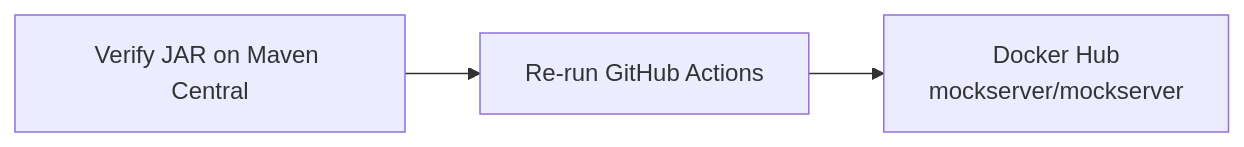
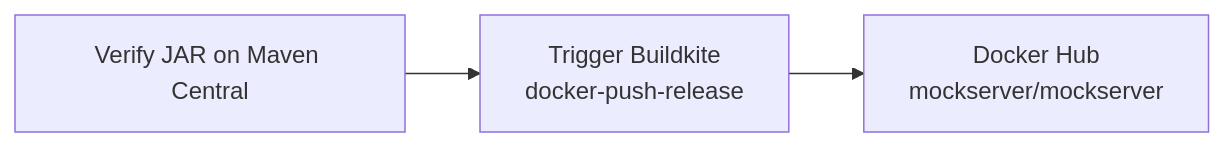
The second of 3 diagrams in docs/operations/release-process.md (mock-server/mockserver), drawn with Mermaid before and after one commit. The commit also changed other lines of this file and 20 other files, not shown here.

First line of the commit message:
Move Docker image pushes from GitHub Actions to Buildkite

````diff
--- a/docs/operations/release-process.md
+++ b/docs/operations/release-process.md
@@ -91,5 +91,5 @@
 ```mermaid
 flowchart LR
-    CHECK[Verify JAR on Maven Central] --> GHA[Re-run GitHub Actions]
-    GHA --> DH[Docker Hub<br/>mockserver/mockserver]
+    CHECK[Verify JAR on Maven Central] --> BK[Trigger Buildkite<br/>docker-push-release]
+    BK --> DH[Docker Hub<br/>mockserver/mockserver]
 ```
````
